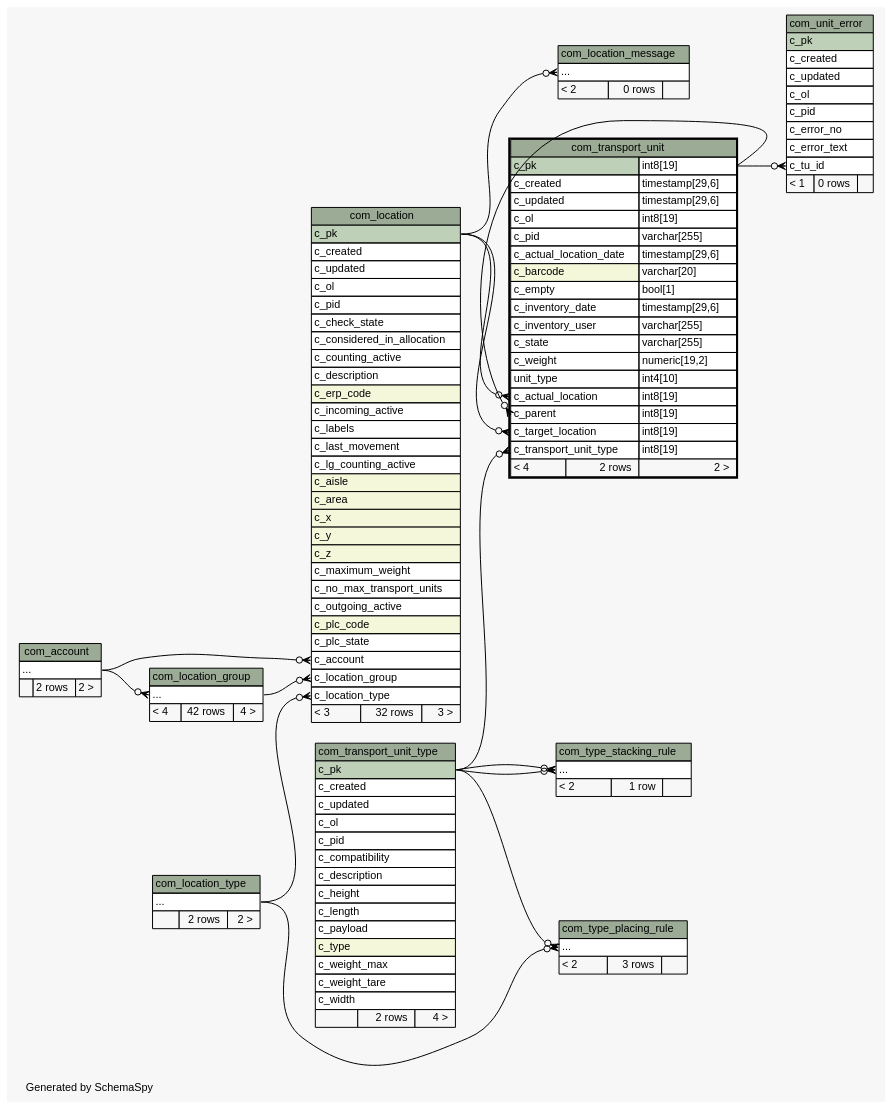
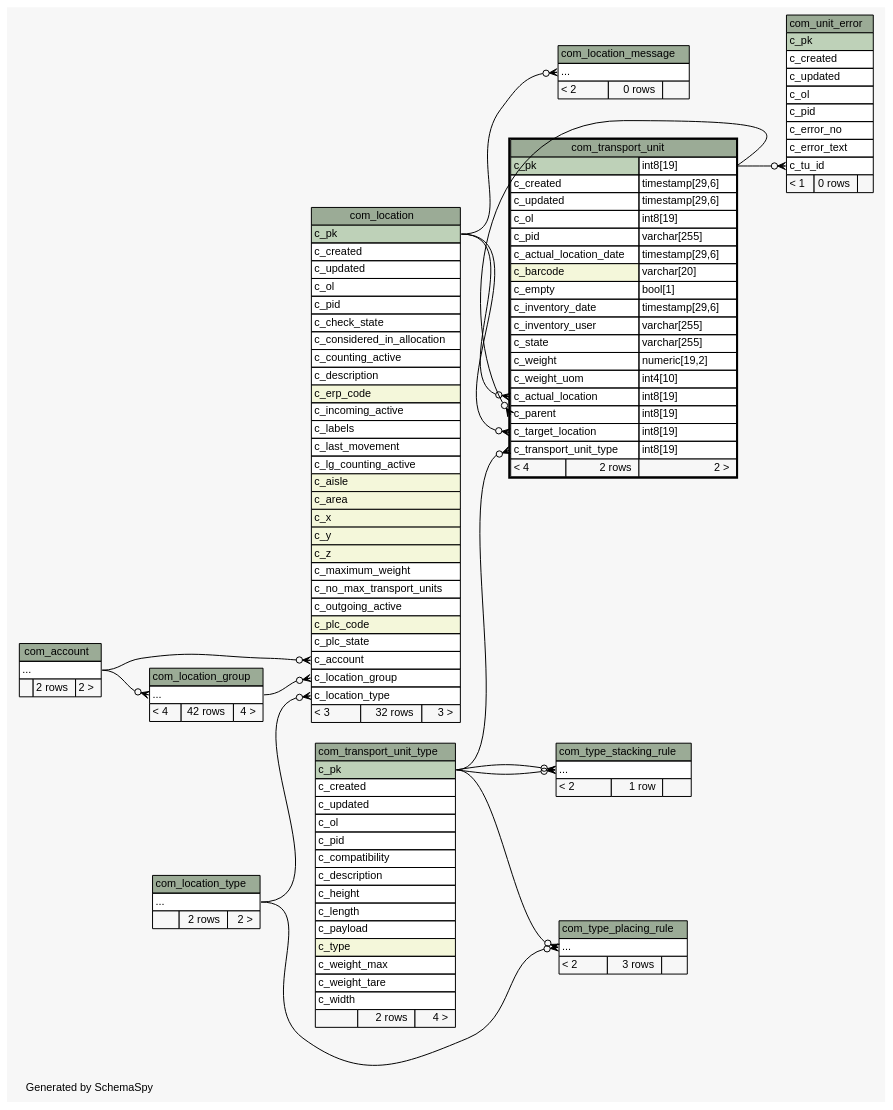
One commit to openwms/org.openwms.common.service.lib changed the diagram in 1.7.0-SNAPSHOT/schemaspy/diagrams/com_transport_unit.2degrees.dot. Above: the diagram before and after it, drawn with Graphviz. The commit also changed 437 other files, not shown here.

```diff
--- a/1.7.0-SNAPSHOT/schemaspy/diagrams/com_transport_unit.2degrees.dot
+++ b/1.7.0-SNAPSHOT/schemaspy/diagrams/com_transport_unit.2degrees.dot
@@ -1,198 +1,198 @@
 // dot 2.38.0 on Linux 4.15.0-1077-gcp
 // SchemaSpy rev Unknown
 digraph "twoDegreesRelationshipsDiagram" {
   graph [
     rankdir="RL"
     bgcolor="#f7f7f7"
     label="\nGenerated by SchemaSpy"
     labeljust="l"
     nodesep="0.18"
     ranksep="0.46"
     fontname="Helvetica"
     fontsize="11"
   ];
   node [
     fontname="Helvetica"
     fontsize="11"
     shape="plaintext"
   ];
   edge [
     arrowsize="0.8"
   ];
   "com_location":"c_account":w -> "com_account":"elipses":e [arrowhead=none dir=back arrowtail=crowodot];
   "com_location":"c_location_group":w -> "com_location_group":"elipses":e [arrowhead=none dir=back arrowtail=crowodot];
   "com_location":"c_location_type":w -> "com_location_type":"elipses":e [arrowhead=none dir=back arrowtail=crowodot];
   "com_location_group":"elipses":w -> "com_account":"elipses":e [arrowhead=none dir=back arrowtail=crowodot];
   "com_location_message":"elipses":w -> "com_location":"c_pk":e [arrowhead=none dir=back arrowtail=crowodot];
   "com_transport_unit":"c_actual_location":w -> "com_location":"c_pk":e [arrowhead=none dir=back arrowtail=crowodot];
   "com_transport_unit":"c_parent":w -> "com_transport_unit":"c_pk.type":e [arrowhead=none dir=back arrowtail=crowodot];
   "com_transport_unit":"c_target_location":w -> "com_location":"c_pk":e [arrowhead=none dir=back arrowtail=crowodot];
   "com_transport_unit":"c_transport_unit_type":w -> "com_transport_unit_type":"c_pk":e [arrowhead=none dir=back arrowtail=crowodot];
   "com_type_placing_rule":"elipses":w -> "com_location_type":"elipses":e [arrowhead=none dir=back arrowtail=crowodot];
   "com_type_placing_rule":"elipses":w -> "com_transport_unit_type":"c_pk":e [arrowhead=none dir=back arrowtail=crowodot];
   "com_type_stacking_rule":"elipses":w -> "com_transport_unit_type":"c_pk":e [arrowhead=none dir=back arrowtail=crowodot];
   "com_type_stacking_rule":"elipses":w -> "com_transport_unit_type":"c_pk":e [arrowhead=none dir=back arrowtail=crowodot];
   "com_unit_error":"c_tu_id":w -> "com_transport_unit":"c_pk.type":e [arrowhead=none dir=back arrowtail=crowodot];
   "com_account" [
     label=<
     <TABLE BORDER="0" CELLBORDER="1" CELLSPACING="0" BGCOLOR="#ffffff">
       <TR><TD COLSPAN="3" BGCOLOR="#9bab96" ALIGN="CENTER">com_account</TD></TR>
       <TR><TD PORT="elipses" COLSPAN="3" ALIGN="LEFT">...</TD></TR>
       <TR><TD ALIGN="LEFT" BGCOLOR="#f7f7f7">  </TD><TD ALIGN="RIGHT" BGCOLOR="#f7f7f7">2 rows</TD><TD ALIGN="RIGHT" BGCOLOR="#f7f7f7">2 &gt;</TD></TR>
     </TABLE>>
     URL="com_account.html"
     tooltip="com_account"
   ];
   "com_location" [
     label=<
     <TABLE BORDER="0" CELLBORDER="1" CELLSPACING="0" BGCOLOR="#ffffff">
       <TR><TD COLSPAN="3" BGCOLOR="#9bab96" ALIGN="CENTER">com_location</TD></TR>
       <TR><TD PORT="c_pk" COLSPAN="3" BGCOLOR="#bed1b8" ALIGN="LEFT">c_pk</TD></TR>
       <TR><TD PORT="c_created" COLSPAN="3" ALIGN="LEFT">c_created</TD></TR>
       <TR><TD PORT="c_updated" COLSPAN="3" ALIGN="LEFT">c_updated</TD></TR>
       <TR><TD PORT="c_ol" COLSPAN="3" ALIGN="LEFT">c_ol</TD></TR>
       <TR><TD PORT="c_pid" COLSPAN="3" ALIGN="LEFT">c_pid</TD></TR>
       <TR><TD PORT="c_check_state" COLSPAN="3" ALIGN="LEFT">c_check_state</TD></TR>
       <TR><TD PORT="c_considered_in_allocation" COLSPAN="3" ALIGN="LEFT">c_considered_in_allocation</TD></TR>
       <TR><TD PORT="c_counting_active" COLSPAN="3" ALIGN="LEFT">c_counting_active</TD></TR>
       <TR><TD PORT="c_description" COLSPAN="3" ALIGN="LEFT">c_description</TD></TR>
       <TR><TD PORT="c_erp_code" COLSPAN="3" BGCOLOR="#f4f7da" ALIGN="LEFT">c_erp_code</TD></TR>
       <TR><TD PORT="c_incoming_active" COLSPAN="3" ALIGN="LEFT">c_incoming_active</TD></TR>
       <TR><TD PORT="c_labels" COLSPAN="3" ALIGN="LEFT">c_labels</TD></TR>
       <TR><TD PORT="c_last_movement" COLSPAN="3" ALIGN="LEFT">c_last_movement</TD></TR>
       <TR><TD PORT="c_lg_counting_active" COLSPAN="3" ALIGN="LEFT">c_lg_counting_active</TD></TR>
       <TR><TD PORT="c_aisle" COLSPAN="3" BGCOLOR="#f4f7da" ALIGN="LEFT">c_aisle</TD></TR>
       <TR><TD PORT="c_area" COLSPAN="3" BGCOLOR="#f4f7da" ALIGN="LEFT">c_area</TD></TR>
       <TR><TD PORT="c_x" COLSPAN="3" BGCOLOR="#f4f7da" ALIGN="LEFT">c_x</TD></TR>
       <TR><TD PORT="c_y" COLSPAN="3" BGCOLOR="#f4f7da" ALIGN="LEFT">c_y</TD></TR>
       <TR><TD PORT="c_z" COLSPAN="3" BGCOLOR="#f4f7da" ALIGN="LEFT">c_z</TD></TR>
       <TR><TD PORT="c_maximum_weight" COLSPAN="3" ALIGN="LEFT">c_maximum_weight</TD></TR>
       <TR><TD PORT="c_no_max_transport_units" COLSPAN="3" ALIGN="LEFT">c_no_max_transport_units</TD></TR>
       <TR><TD PORT="c_outgoing_active" COLSPAN="3" ALIGN="LEFT">c_outgoing_active</TD></TR>
       <TR><TD PORT="c_plc_code" COLSPAN="3" BGCOLOR="#f4f7da" ALIGN="LEFT">c_plc_code</TD></TR>
       <TR><TD PORT="c_plc_state" COLSPAN="3" ALIGN="LEFT">c_plc_state</TD></TR>
       <TR><TD PORT="c_account" COLSPAN="3" ALIGN="LEFT">c_account</TD></TR>
       <TR><TD PORT="c_location_group" COLSPAN="3" ALIGN="LEFT">c_location_group</TD></TR>
       <TR><TD PORT="c_location_type" COLSPAN="3" ALIGN="LEFT">c_location_type</TD></TR>
       <TR><TD ALIGN="LEFT" BGCOLOR="#f7f7f7">&lt; 3</TD><TD ALIGN="RIGHT" BGCOLOR="#f7f7f7">32 rows</TD><TD ALIGN="RIGHT" BGCOLOR="#f7f7f7">3 &gt;</TD></TR>
     </TABLE>>
     URL="com_location.html"
     tooltip="com_location"
   ];
   "com_location_group" [
     label=<
     <TABLE BORDER="0" CELLBORDER="1" CELLSPACING="0" BGCOLOR="#ffffff">
       <TR><TD COLSPAN="3" BGCOLOR="#9bab96" ALIGN="CENTER">com_location_group</TD></TR>
       <TR><TD PORT="elipses" COLSPAN="3" ALIGN="LEFT">...</TD></TR>
       <TR><TD ALIGN="LEFT" BGCOLOR="#f7f7f7">&lt; 4</TD><TD ALIGN="RIGHT" BGCOLOR="#f7f7f7">42 rows</TD><TD ALIGN="RIGHT" BGCOLOR="#f7f7f7">4 &gt;</TD></TR>
     </TABLE>>
     URL="com_location_group.html"
     tooltip="com_location_group"
   ];
   "com_location_message" [
     label=<
     <TABLE BORDER="0" CELLBORDER="1" CELLSPACING="0" BGCOLOR="#ffffff">
       <TR><TD COLSPAN="3" BGCOLOR="#9bab96" ALIGN="CENTER">com_location_message</TD></TR>
       <TR><TD PORT="elipses" COLSPAN="3" ALIGN="LEFT">...</TD></TR>
       <TR><TD ALIGN="LEFT" BGCOLOR="#f7f7f7">&lt; 2</TD><TD ALIGN="RIGHT" BGCOLOR="#f7f7f7">0 rows</TD><TD ALIGN="RIGHT" BGCOLOR="#f7f7f7">  </TD></TR>
     </TABLE>>
     URL="com_location_message.html"
     tooltip="com_location_message"
   ];
   "com_location_type" [
     label=<
     <TABLE BORDER="0" CELLBORDER="1" CELLSPACING="0" BGCOLOR="#ffffff">
       <TR><TD COLSPAN="3" BGCOLOR="#9bab96" ALIGN="CENTER">com_location_type</TD></TR>
       <TR><TD PORT="elipses" COLSPAN="3" ALIGN="LEFT">...</TD></TR>
       <TR><TD ALIGN="LEFT" BGCOLOR="#f7f7f7">  </TD><TD ALIGN="RIGHT" BGCOLOR="#f7f7f7">2 rows</TD><TD ALIGN="RIGHT" BGCOLOR="#f7f7f7">2 &gt;</TD></TR>
     </TABLE>>
     URL="com_location_type.html"
     tooltip="com_location_type"
   ];
   "com_transport_unit" [
     label=<
     <TABLE BORDER="2" CELLBORDER="1" CELLSPACING="0" BGCOLOR="#ffffff">
       <TR><TD COLSPAN="3" BGCOLOR="#9bab96" ALIGN="CENTER">com_transport_unit</TD></TR>
       <TR><TD PORT="c_pk" COLSPAN="2" BGCOLOR="#bed1b8" ALIGN="LEFT">c_pk</TD><TD PORT="c_pk.type" ALIGN="LEFT">int8[19]</TD></TR>
       <TR><TD PORT="c_created" COLSPAN="2" ALIGN="LEFT">c_created</TD><TD PORT="c_created.type" ALIGN="LEFT">timestamp[29,6]</TD></TR>
       <TR><TD PORT="c_updated" COLSPAN="2" ALIGN="LEFT">c_updated</TD><TD PORT="c_updated.type" ALIGN="LEFT">timestamp[29,6]</TD></TR>
       <TR><TD PORT="c_ol" COLSPAN="2" ALIGN="LEFT">c_ol</TD><TD PORT="c_ol.type" ALIGN="LEFT">int8[19]</TD></TR>
       <TR><TD PORT="c_pid" COLSPAN="2" ALIGN="LEFT">c_pid</TD><TD PORT="c_pid.type" ALIGN="LEFT">varchar[255]</TD></TR>
       <TR><TD PORT="c_actual_location_date" COLSPAN="2" ALIGN="LEFT">c_actual_location_date</TD><TD PORT="c_actual_location_date.type" ALIGN="LEFT">timestamp[29,6]</TD></TR>
       <TR><TD PORT="c_barcode" COLSPAN="2" BGCOLOR="#f4f7da" ALIGN="LEFT">c_barcode</TD><TD PORT="c_barcode.type" ALIGN="LEFT">varchar[20]</TD></TR>
       <TR><TD PORT="c_empty" COLSPAN="2" ALIGN="LEFT">c_empty</TD><TD PORT="c_empty.type" ALIGN="LEFT">bool[1]</TD></TR>
       <TR><TD PORT="c_inventory_date" COLSPAN="2" ALIGN="LEFT">c_inventory_date</TD><TD PORT="c_inventory_date.type" ALIGN="LEFT">timestamp[29,6]</TD></TR>
       <TR><TD PORT="c_inventory_user" COLSPAN="2" ALIGN="LEFT">c_inventory_user</TD><TD PORT="c_inventory_user.type" ALIGN="LEFT">varchar[255]</TD></TR>
       <TR><TD PORT="c_state" COLSPAN="2" ALIGN="LEFT">c_state</TD><TD PORT="c_state.type" ALIGN="LEFT">varchar[255]</TD></TR>
       <TR><TD PORT="c_weight" COLSPAN="2" ALIGN="LEFT">c_weight</TD><TD PORT="c_weight.type" ALIGN="LEFT">numeric[19,2]</TD></TR>
-      <TR><TD PORT="unit_type" COLSPAN="2" ALIGN="LEFT">unit_type</TD><TD PORT="unit_type.type" ALIGN="LEFT">int4[10]</TD></TR>
+      <TR><TD PORT="c_weight_uom" COLSPAN="2" ALIGN="LEFT">c_weight_uom</TD><TD PORT="c_weight_uom.type" ALIGN="LEFT">int4[10]</TD></TR>
       <TR><TD PORT="c_actual_location" COLSPAN="2" ALIGN="LEFT">c_actual_location</TD><TD PORT="c_actual_location.type" ALIGN="LEFT">int8[19]</TD></TR>
       <TR><TD PORT="c_parent" COLSPAN="2" ALIGN="LEFT">c_parent</TD><TD PORT="c_parent.type" ALIGN="LEFT">int8[19]</TD></TR>
       <TR><TD PORT="c_target_location" COLSPAN="2" ALIGN="LEFT">c_target_location</TD><TD PORT="c_target_location.type" ALIGN="LEFT">int8[19]</TD></TR>
       <TR><TD PORT="c_transport_unit_type" COLSPAN="2" ALIGN="LEFT">c_transport_unit_type</TD><TD PORT="c_transport_unit_type.type" ALIGN="LEFT">int8[19]</TD></TR>
       <TR><TD ALIGN="LEFT" BGCOLOR="#f7f7f7">&lt; 4</TD><TD ALIGN="RIGHT" BGCOLOR="#f7f7f7">2 rows</TD><TD ALIGN="RIGHT" BGCOLOR="#f7f7f7">2 &gt;</TD></TR>
     </TABLE>>
     URL="com_transport_unit.html"
     tooltip="com_transport_unit"
   ];
   "com_transport_unit_type" [
     label=<
     <TABLE BORDER="0" CELLBORDER="1" CELLSPACING="0" BGCOLOR="#ffffff">
       <TR><TD COLSPAN="3" BGCOLOR="#9bab96" ALIGN="CENTER">com_transport_unit_type</TD></TR>
       <TR><TD PORT="c_pk" COLSPAN="3" BGCOLOR="#bed1b8" ALIGN="LEFT">c_pk</TD></TR>
       <TR><TD PORT="c_created" COLSPAN="3" ALIGN="LEFT">c_created</TD></TR>
       <TR><TD PORT="c_updated" COLSPAN="3" ALIGN="LEFT">c_updated</TD></TR>
       <TR><TD PORT="c_ol" COLSPAN="3" ALIGN="LEFT">c_ol</TD></TR>
       <TR><TD PORT="c_pid" COLSPAN="3" ALIGN="LEFT">c_pid</TD></TR>
       <TR><TD PORT="c_compatibility" COLSPAN="3" ALIGN="LEFT">c_compatibility</TD></TR>
       <TR><TD PORT="c_description" COLSPAN="3" ALIGN="LEFT">c_description</TD></TR>
       <TR><TD PORT="c_height" COLSPAN="3" ALIGN="LEFT">c_height</TD></TR>
       <TR><TD PORT="c_length" COLSPAN="3" ALIGN="LEFT">c_length</TD></TR>
       <TR><TD PORT="c_payload" COLSPAN="3" ALIGN="LEFT">c_payload</TD></TR>
       <TR><TD PORT="c_type" COLSPAN="3" BGCOLOR="#f4f7da" ALIGN="LEFT">c_type</TD></TR>
       <TR><TD PORT="c_weight_max" COLSPAN="3" ALIGN="LEFT">c_weight_max</TD></TR>
       <TR><TD PORT="c_weight_tare" COLSPAN="3" ALIGN="LEFT">c_weight_tare</TD></TR>
       <TR><TD PORT="c_width" COLSPAN="3" ALIGN="LEFT">c_width</TD></TR>
       <TR><TD ALIGN="LEFT" BGCOLOR="#f7f7f7">  </TD><TD ALIGN="RIGHT" BGCOLOR="#f7f7f7">2 rows</TD><TD ALIGN="RIGHT" BGCOLOR="#f7f7f7">4 &gt;</TD></TR>
     </TABLE>>
     URL="com_transport_unit_type.html"
     tooltip="com_transport_unit_type"
   ];
   "com_type_placing_rule" [
     label=<
     <TABLE BORDER="0" CELLBORDER="1" CELLSPACING="0" BGCOLOR="#ffffff">
       <TR><TD COLSPAN="3" BGCOLOR="#9bab96" ALIGN="CENTER">com_type_placing_rule</TD></TR>
       <TR><TD PORT="elipses" COLSPAN="3" ALIGN="LEFT">...</TD></TR>
       <TR><TD ALIGN="LEFT" BGCOLOR="#f7f7f7">&lt; 2</TD><TD ALIGN="RIGHT" BGCOLOR="#f7f7f7">3 rows</TD><TD ALIGN="RIGHT" BGCOLOR="#f7f7f7">  </TD></TR>
     </TABLE>>
     URL="com_type_placing_rule.html"
     tooltip="com_type_placing_rule"
   ];
   "com_type_stacking_rule" [
     label=<
     <TABLE BORDER="0" CELLBORDER="1" CELLSPACING="0" BGCOLOR="#ffffff">
       <TR><TD COLSPAN="3" BGCOLOR="#9bab96" ALIGN="CENTER">com_type_stacking_rule</TD></TR>
       <TR><TD PORT="elipses" COLSPAN="3" ALIGN="LEFT">...</TD></TR>
       <TR><TD ALIGN="LEFT" BGCOLOR="#f7f7f7">&lt; 2</TD><TD ALIGN="RIGHT" BGCOLOR="#f7f7f7">1 row</TD><TD ALIGN="RIGHT" BGCOLOR="#f7f7f7">  </TD></TR>
     </TABLE>>
     URL="com_type_stacking_rule.html"
     tooltip="com_type_stacking_rule"
   ];
   "com_unit_error" [
     label=<
     <TABLE BORDER="0" CELLBORDER="1" CELLSPACING="0" BGCOLOR="#ffffff">
       <TR><TD COLSPAN="3" BGCOLOR="#9bab96" ALIGN="CENTER">com_unit_error</TD></TR>
       <TR><TD PORT="c_pk" COLSPAN="3" BGCOLOR="#bed1b8" ALIGN="LEFT">c_pk</TD></TR>
       <TR><TD PORT="c_created" COLSPAN="3" ALIGN="LEFT">c_created</TD></TR>
       <TR><TD PORT="c_updated" COLSPAN="3" ALIGN="LEFT">c_updated</TD></TR>
       <TR><TD PORT="c_ol" COLSPAN="3" ALIGN="LEFT">c_ol</TD></TR>
       <TR><TD PORT="c_pid" COLSPAN="3" ALIGN="LEFT">c_pid</TD></TR>
       <TR><TD PORT="c_error_no" COLSPAN="3" ALIGN="LEFT">c_error_no</TD></TR>
       <TR><TD PORT="c_error_text" COLSPAN="3" ALIGN="LEFT">c_error_text</TD></TR>
       <TR><TD PORT="c_tu_id" COLSPAN="3" ALIGN="LEFT">c_tu_id</TD></TR>
       <TR><TD ALIGN="LEFT" BGCOLOR="#f7f7f7">&lt; 1</TD><TD ALIGN="RIGHT" BGCOLOR="#f7f7f7">0 rows</TD><TD ALIGN="RIGHT" BGCOLOR="#f7f7f7">  </TD></TR>
     </TABLE>>
     URL="com_unit_error.html"
     tooltip="com_unit_error"
   ];
 }
```
